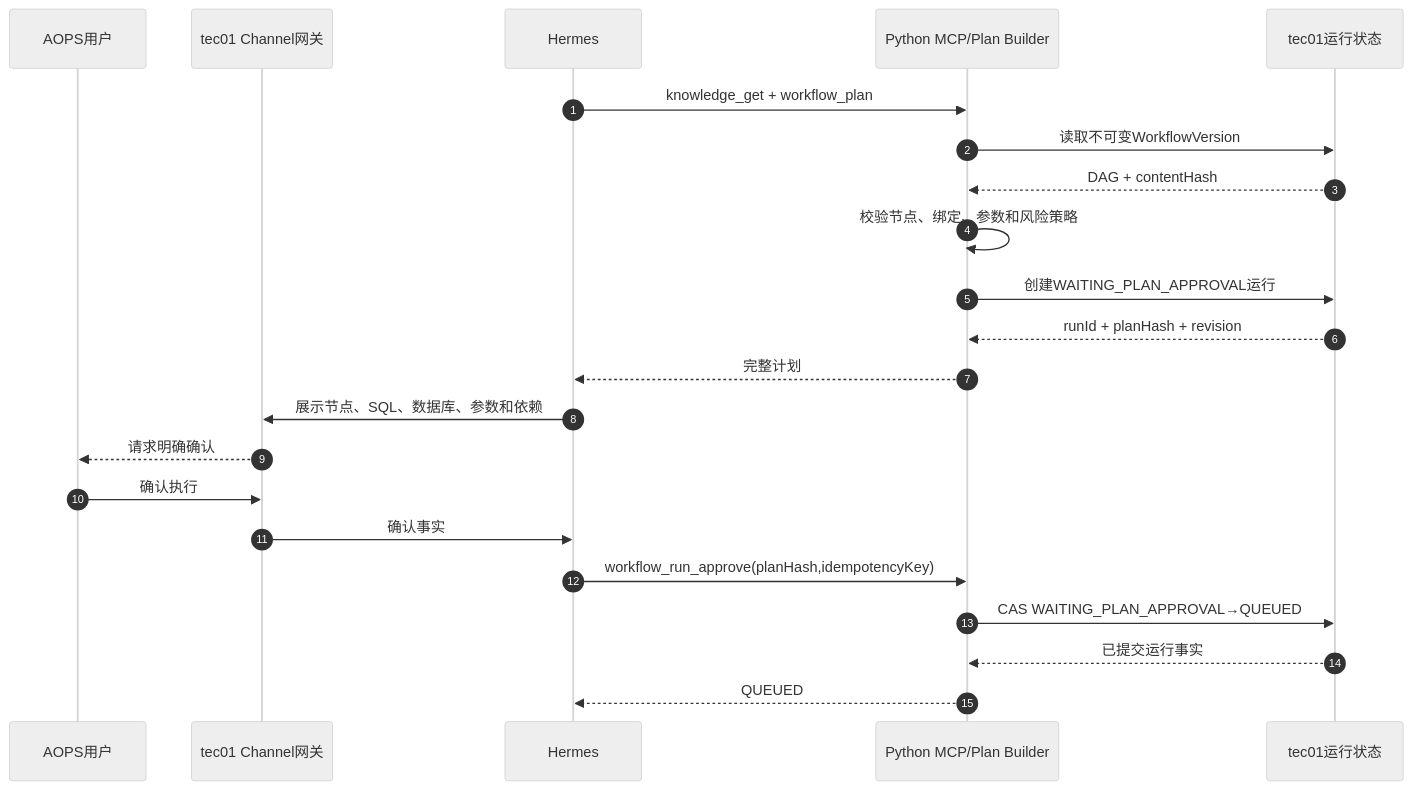
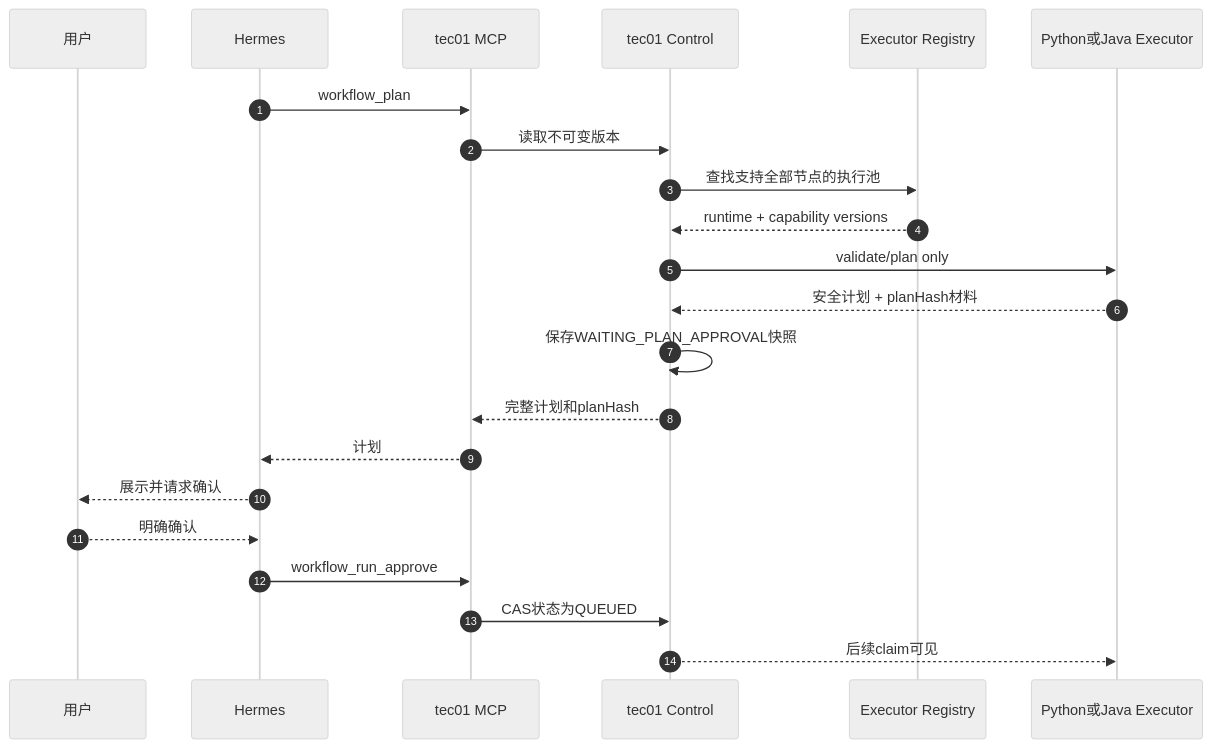
One commit to armin1024/itsm-workflow changed the third of 7 diagrams in docs/tec01-control-plane-split.md. Above: the diagram before and after it, drawn with Mermaid (neutral theme). The commit also changed other lines of this file and 2 other files, not shown here.

Commit message:
docs: move MCP ownership to tec01 control plane

````diff
--- a/docs/tec01-control-plane-split.md
+++ b/docs/tec01-control-plane-split.md
@@ -211,25 +287,25 @@
 ```mermaid
 sequenceDiagram
     autonumber
-    participant U as AOPS用户
-    participant T as tec01 Channel网关
+    participant U as 用户
     participant H as Hermes
-    participant M as Python MCP/Plan Builder
-    participant C as tec01运行状态
+    participant M as tec01 MCP
+    participant C as tec01 Control
+    participant R as Executor Registry
+    participant E as Python或Java Executor
 
-    H->>M: knowledge_get + workflow_plan
-    M->>C: 读取不可变WorkflowVersion
-    C-->>M: DAG + contentHash
-    M->>M: 校验节点、绑定、参数和风险策略
-    M->>C: 创建WAITING_PLAN_APPROVAL运行
-    C-->>M: runId + planHash + revision
-    M-->>H: 完整计划
-    H->>T: 展示节点、SQL、数据库、参数和依赖
-    T-->>U: 请求明确确认
-    U->>T: 确认执行
-    T->>H: 确认事实
-    H->>M: workflow_run_approve(planHash,idempotencyKey)
-    M->>C: CAS WAITING_PLAN_APPROVAL→QUEUED
-    C-->>M: 已提交运行事实
-    M-->>H: QUEUED
+    H->>M: workflow_plan
+    M->>C: 读取不可变版本
+    C->>R: 查找支持全部节点的执行池
+    R-->>C: runtime + capability versions
+    C->>E: validate/plan only
+    E-->>C: 安全计划 + planHash材料
+    C->>C: 保存WAITING_PLAN_APPROVAL快照
+    C-->>M: 完整计划和planHash
+    M-->>H: 计划
+    H-->>U: 展示并请求确认
+    U-->>H: 明确确认
+    H->>M: workflow_run_approve
+    M->>C: CAS状态为QUEUED
+    C-->>E: 后续claim可见
 ```
````
